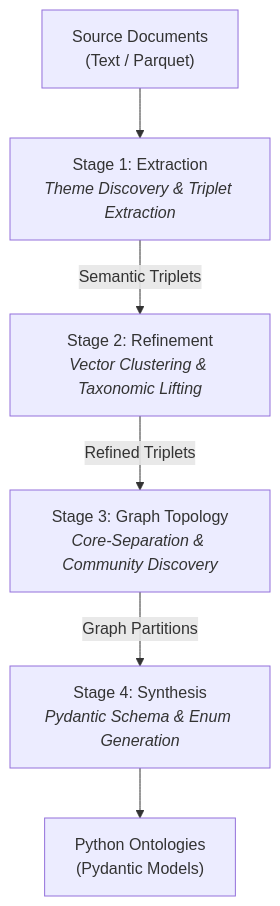
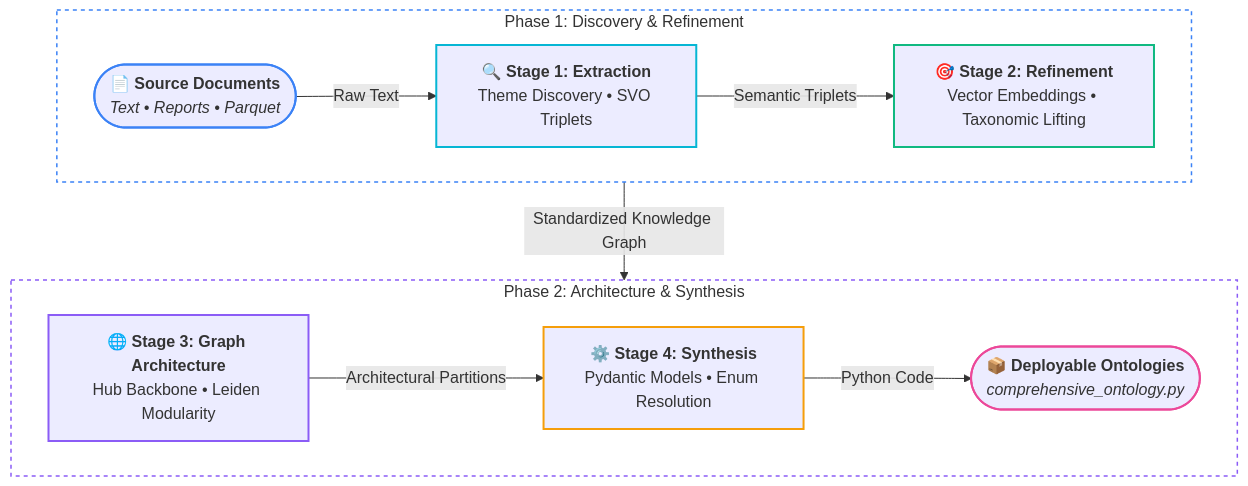
The diagram in README.md (childmindresearch/SemanticPrism), drawn with Mermaid before and after one commit. The commit also changed other lines of this file, not shown here.

Commit message:
docs: update pipeline diagram layout

````diff
--- a/README.md
+++ b/README.md
@@ -11,8 +11,27 @@
 ```mermaid
-graph TD
-    Inputs["Source Documents<br/>(Text / Parquet)"] --> S1["Stage 1: Extraction<br/><i>Theme Discovery & Triplet Extraction</i>"]
-    S1 -->|"Semantic Triplets"| S2["Stage 2: Refinement<br/><i>Vector Clustering & Taxonomic Lifting</i>"]
-    S2 -->|"Refined Triplets"| S3["Stage 3: Graph Topology<br/><i>Core-Separation & Community Discovery</i>"]
-    S3 -->|"Graph Partitions"| S4["Stage 4: Synthesis<br/><i>Pydantic Schema & Enum Generation</i>"]
-    S4 --> Outputs["Python Ontologies<br/>(Pydantic Models)"]
+flowchart TD
+    subgraph Row1 ["Phase 1: Discovery & Refinement"]
+        direction LR
+        In(["📄 <b>Source Documents</b><br/><i>Text • Reports • Parquet</i>"])
+        --> |Raw Text| S1["🔍 <b>Stage 1: Extraction</b><br/>Theme Discovery • SVO Triplets"]
+        --> |Semantic Triplets| S2["🎯 <b>Stage 2: Refinement</b><br/>Vector Embeddings • Taxonomic Lifting"]
+    end
+
+    subgraph Row2 ["Phase 2: Architecture & Synthesis"]
+        direction LR
+        S3["🌐 <b>Stage 3: Graph Architecture</b><br/>Hub Backbone • Leiden Modularity"]
+        --> |Architectural Partitions| S4["⚙️ <b>Stage 4: Synthesis</b><br/>Pydantic Models • Enum Resolution"]
+        --> |Python Code| Out(["📦 <b>Deployable Ontologies</b><br/><i>comprehensive_ontology.py</i>"])
+    end
+
+    Row1 --> |Standardized Knowledge Graph| Row2
+
+    style Row1 stroke:#3b82f6,stroke-width:1.5px,stroke-dasharray: 4 4,fill:none
+    style Row2 stroke:#8b5cf6,stroke-width:1.5px,stroke-dasharray: 4 4,fill:none
+    style In stroke:#3b82f6,stroke-width:2px
+    style S1 stroke:#06b6d4,stroke-width:2px
+    style S2 stroke:#10b981,stroke-width:2px
+    style S3 stroke:#8b5cf6,stroke-width:2px
+    style S4 stroke:#f59e0b,stroke-width:2px
+    style Out stroke:#ec4899,stroke-width:2px
 ```
````
